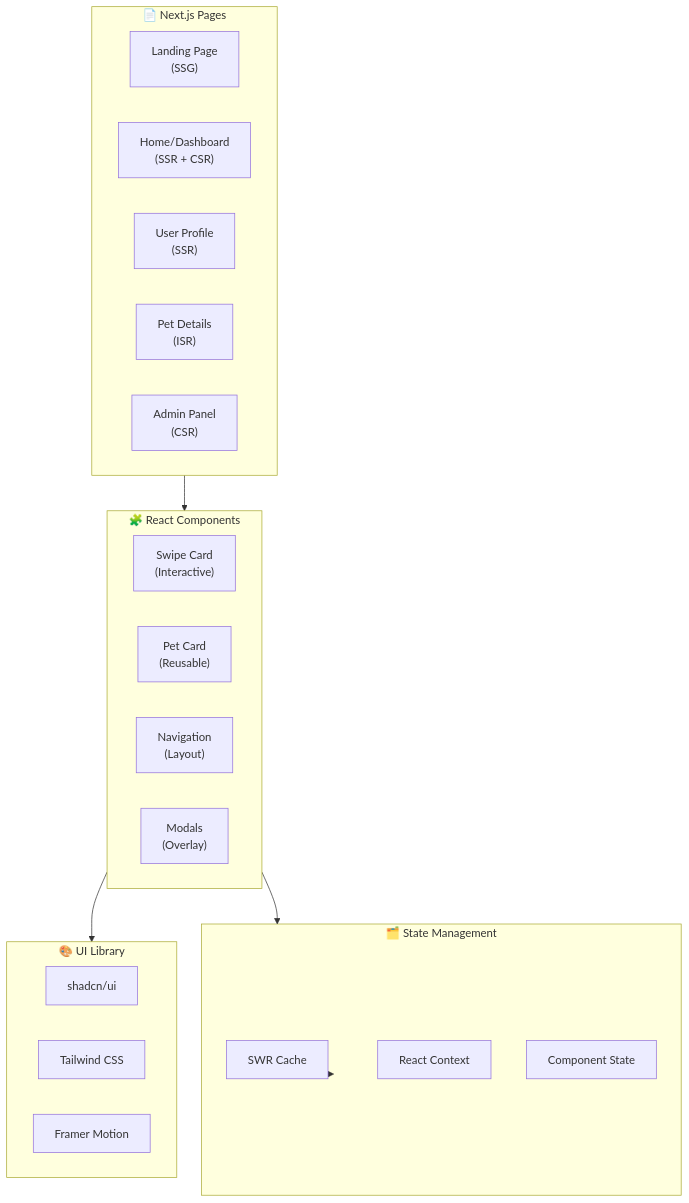
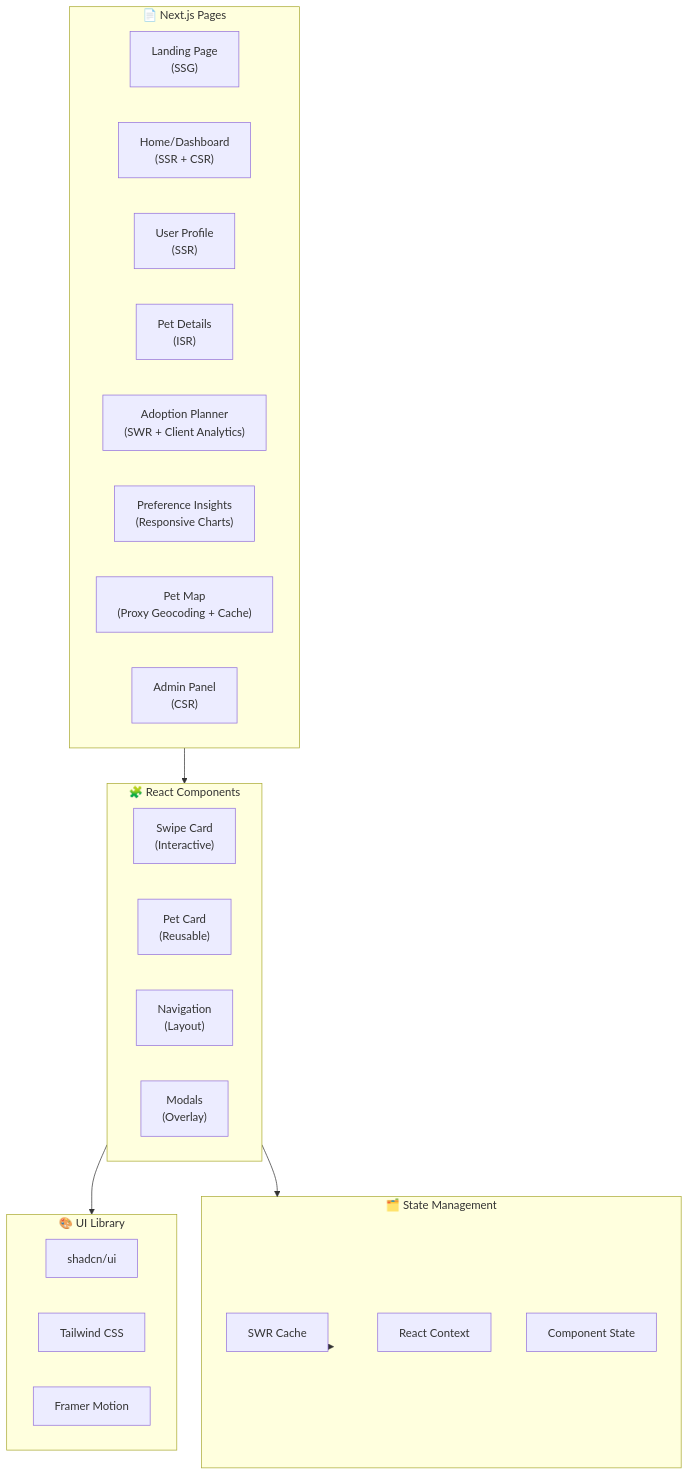
Before and after one commit to hoangsonww/PetSwipe-Match-App: the fourth of 34 diagrams in ARCHITECTURE.md, drawn with Mermaid. The commit also changed other lines of this file and 126 other files, not shown here.

````diff
--- a/ARCHITECTURE.md
+++ b/ARCHITECTURE.md
@@ -253,34 +253,37 @@
 ```mermaid
 flowchart TB
     subgraph Pages["📄 Next.js Pages"]
         Landing["Landing Page<br/>(SSG)"]
         Home["Home/Dashboard<br/>(SSR + CSR)"]
         Profile["User Profile<br/>(SSR)"]
         Pets["Pet Details<br/>(ISR)"]
+        Planner["Adoption Planner<br/>(SWR + Client Analytics)"]
+        Insights["Preference Insights<br/>(Responsive Charts)"]
+        Map["Pet Map<br/>(Proxy Geocoding + Cache)"]
         Admin["Admin Panel<br/>(CSR)"]
     end
 
     subgraph Components["🧩 React Components"]
         SwipeCard["Swipe Card<br/>(Interactive)"]
         PetCard["Pet Card<br/>(Reusable)"]
         Navigation["Navigation<br/>(Layout)"]
         Modal["Modals<br/>(Overlay)"]
     end
 
     subgraph State["🗂️ State Management"]
         SWR["SWR Cache"]
         Context["React Context"]
         LocalState["Component State"]
     end
 
     subgraph UI["🎨 UI Library"]
         Shadcn["shadcn/ui"]
         Tailwind["Tailwind CSS"]
         Framer["Framer Motion"]
     end
 
     Pages --> Components
     Components --> State
     Components --> UI
     State --> SWR
 ```
````
